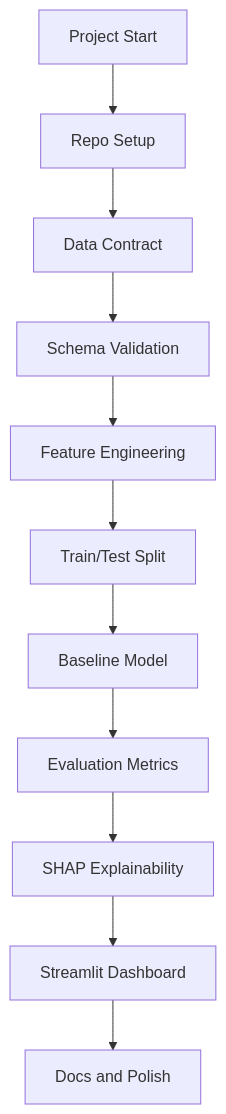
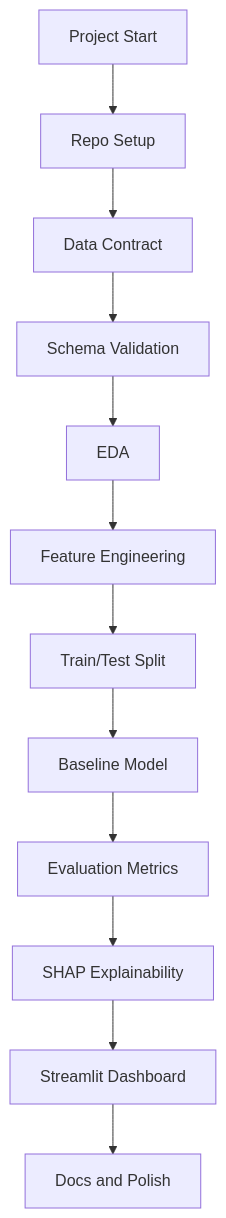
The diagram in docs/workflow.mmd (yash1-coder/Customer-Churn-Prediction), drawn with Mermaid before and after one commit. The commit also changed 5 other files, not shown here.

```diff
--- a/docs/workflow.mmd
+++ b/docs/workflow.mmd
@@ -1,11 +1,12 @@
 flowchart TD
     A[Project Start] --> B[Repo Setup]
     B --> C[Data Contract]
     C --> D[Schema Validation]
-    D --> E[Feature Engineering]
-    E --> F[Train/Test Split]
-    F --> G[Baseline Model]
-    G --> H[Evaluation Metrics]
-    H --> I[SHAP Explainability]
-    I --> J[Streamlit Dashboard]
-    J --> K[Docs and Polish]
+    D --> E[EDA]
+    E --> F[Feature Engineering]
+    F --> G[Train/Test Split]
+    G --> H[Baseline Model]
+    H --> I[Evaluation Metrics]
+    I --> J[SHAP Explainability]
+    J --> K[Streamlit Dashboard]
+    K --> L[Docs and Polish]
```
